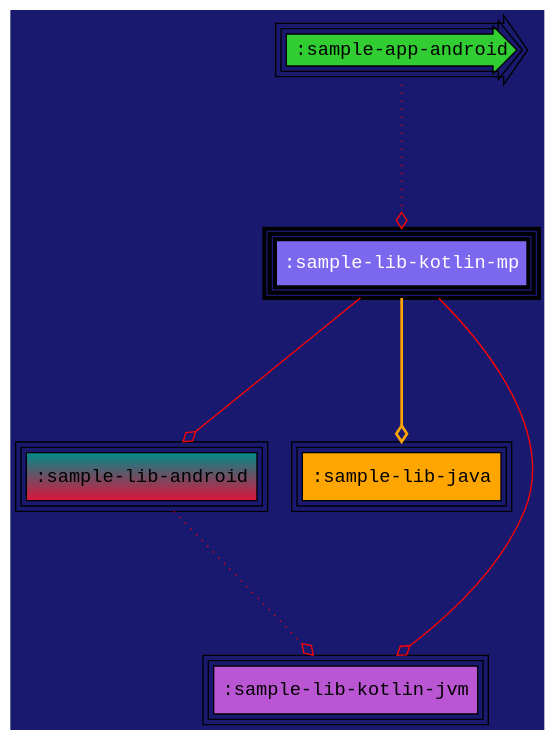
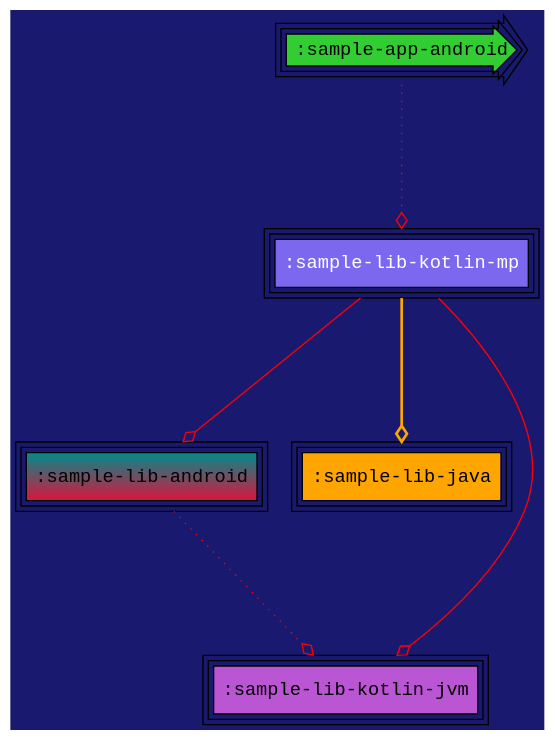
Before and after one commit to jonapoul/atlas: the diagram in samples/sample-graphviz/sample-lib-kotlin-mp/modular/chart.dot, drawn with Graphviz. The commit also changed 43 other files, not shown here.

```diff
--- a/samples/sample-graphviz/sample-lib-kotlin-mp/modular/chart.dot
+++ b/samples/sample-graphviz/sample-lib-kotlin-mp/modular/chart.dot
@@ -1,15 +1,15 @@
 digraph {
   edge [arrowhead="ediamond",arrowtail="none",color="red",labelfloat="true",fontcolor="lime"]
   graph [layout="dot",bgcolor="MidnightBlue",fontsize="30",rankdir="TB",ranksep="1.5"]
   node [fontname="Courier New",peripheries="3",style="filled",shape="box"]
   ":sample-app-android" [shape="rarrow",style="radial",fillcolor="limegreen"]
   ":sample-lib-android" [gradientangle="90",fillcolor="crimson:cyan4"]
   ":sample-lib-java" [fillcolor="orange"]
   ":sample-lib-kotlin-jvm" [fillcolor="mediumorchid"]
-  ":sample-lib-kotlin-mp" [penwidth="3",fontcolor="white",fillcolor="mediumslateblue"]
+  ":sample-lib-kotlin-mp" [fontcolor="white",fillcolor="mediumslateblue"]
   ":sample-app-android" -> ":sample-lib-kotlin-mp" [style="dotted"]
   ":sample-lib-android" -> ":sample-lib-kotlin-jvm" [style="dotted"]
   ":sample-lib-kotlin-mp" -> ":sample-lib-android" [style="solid"]
   ":sample-lib-kotlin-mp" -> ":sample-lib-java" [style="bold",color="orange"]
   ":sample-lib-kotlin-mp" -> ":sample-lib-kotlin-jvm" [style="solid"]
 }
```
